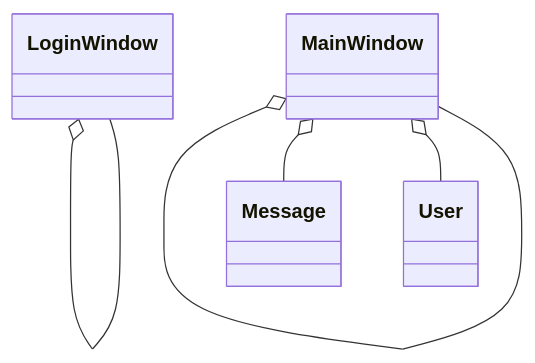
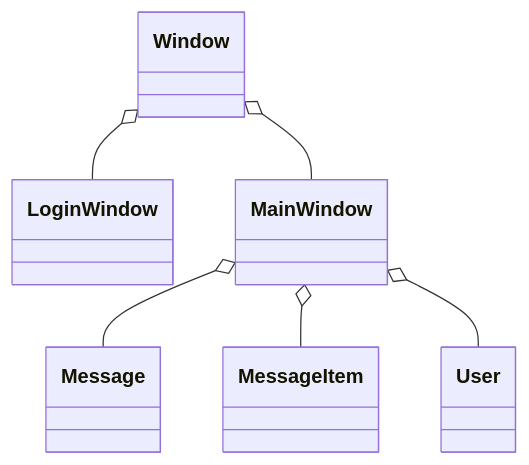
One commit to sebastiankrallinger/4POS_Semesterprojekt changed the third of 5 diagrams in README.md. Above: the diagram before and after it, drawn with Mermaid. The commit also changed other lines of this file, not shown here.

````diff
--- a/README.md
+++ b/README.md
@@ -288,7 +569,8 @@
 ```mermaid
 classDiagram
-  LoginWindow o-- LoginWindow
-  MainWindow o-- MainWindow
+  Window o-- LoginWindow
+  Window o-- MainWindow
   MainWindow o-- Message
+  MainWindow o-- MessageItem
   MainWindow o-- User
 ```
````
